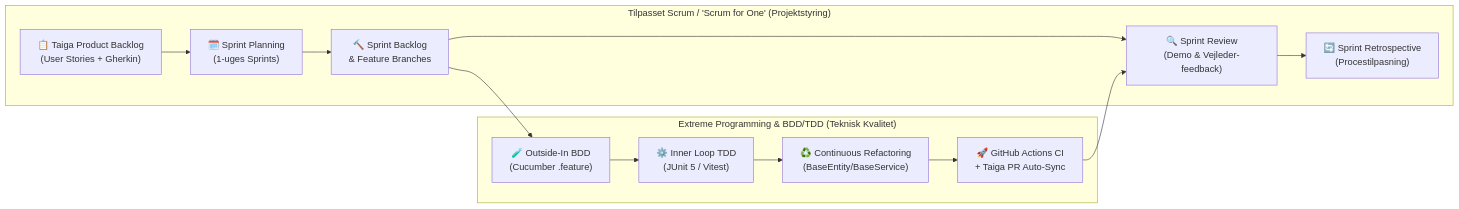
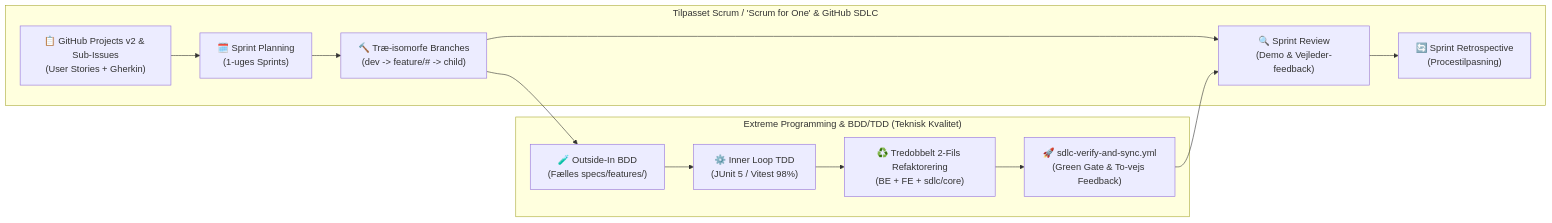
Diagram 13 of 15 in HOVEDOPGAVE_DRAFT.md (7-3-N-3-7/api), drawn with Mermaid before and after one commit. The commit also changed other lines of this file and 16 other files, not shown here.

Commit message:
feat: add generic GitHub SDLC framework with 98% gates

````diff
--- a/HOVEDOPGAVE_DRAFT.md
+++ b/HOVEDOPGAVE_DRAFT.md
@@ -1185,18 +1184,18 @@
 ```mermaid
 flowchart LR
-    subgraph Scrum["Tilpasset Scrum / 'Scrum for One' (Projektstyring)"]
-        PB["📋 Taiga Product Backlog\n(User Stories + Gherkin)"] --> SP["🗓️ Sprint Planning\n(1-uges Sprints)"]
-        SP --> SB["🔨 Sprint Backlog\n& Feature Branches"]
+    subgraph Scrum["Tilpasset Scrum / 'Scrum for One' & GitHub SDLC"]
+        PB["📋 GitHub Projects v2 & Sub-Issues\n(User Stories + Gherkin)"] --> SP["🗓️ Sprint Planning\n(1-uges Sprints)"]
+        SP --> SB["🔨 Træ-isomorfe Branches\n(dev -> feature/# -> child)"]
         SB --> SR["🔍 Sprint Review\n(Demo & Vejleder-feedback)"]
         SR --> SRet["🔄 Sprint Retrospective\n(Procestilpasning)"]
     end
 
     subgraph XP["Extreme Programming & BDD/TDD (Teknisk Kvalitet)"]
-        BDD["🧪 Outside-In BDD\n(Cucumber .feature)"] --> TDD["⚙️ Inner Loop TDD\n(JUnit 5 / Vitest)"]
-        TDD --> REF["♻️ Continuous Refactoring\n(BaseEntity/BaseService)"]
-        REF --> CI["🚀 GitHub Actions CI\n+ Taiga PR Auto-Sync"]
+        BDD["🧪 Outside-In BDD\n(Fælles specs/features/)"] --> TDD["⚙️ Inner Loop TDD\n(JUnit 5 / Vitest 98%)"]
+        TDD --> REF["♻️ Tredobbelt 2-Fils Refaktorering\n(BE + FE + sdlc/core)"]
+        REF --> CI["🚀 sdlc-verify-and-sync.yml\n(Green Gate & To-vejs Feedback)"]
     end
 
     SB --> BDD
     CI --> SR
 ```
````
